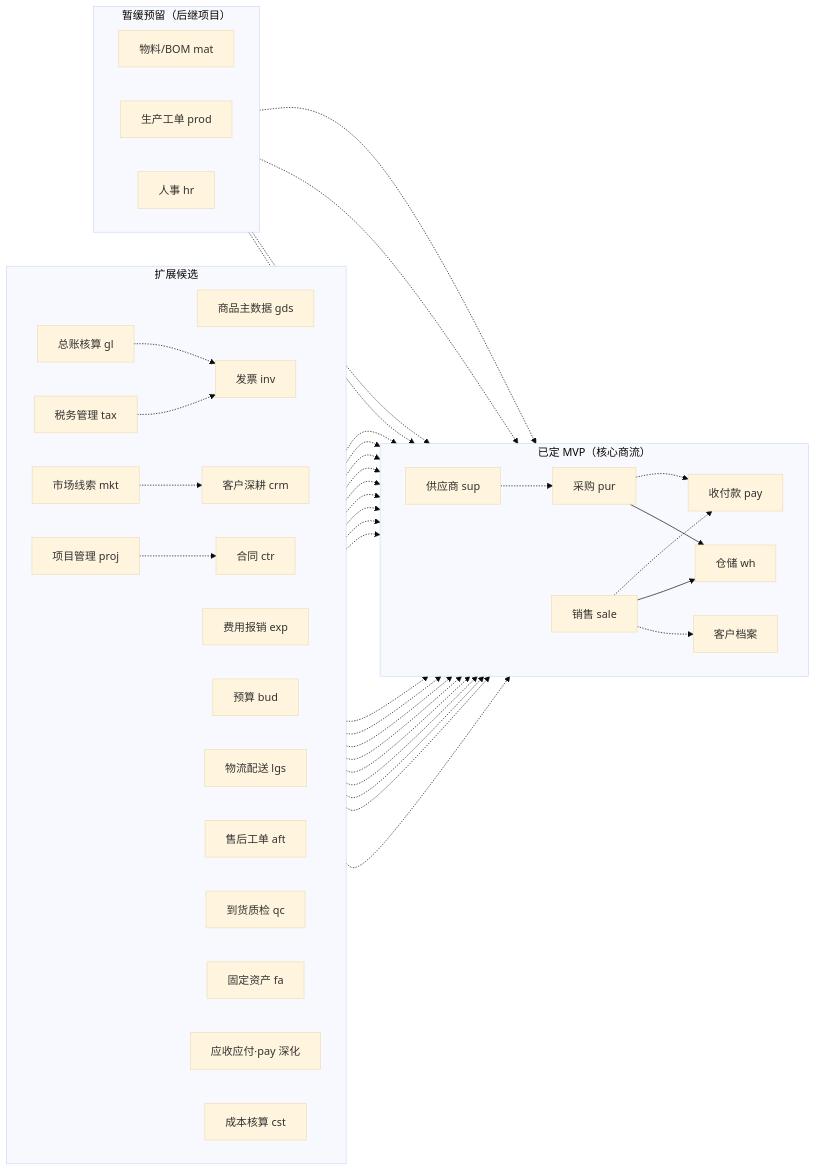
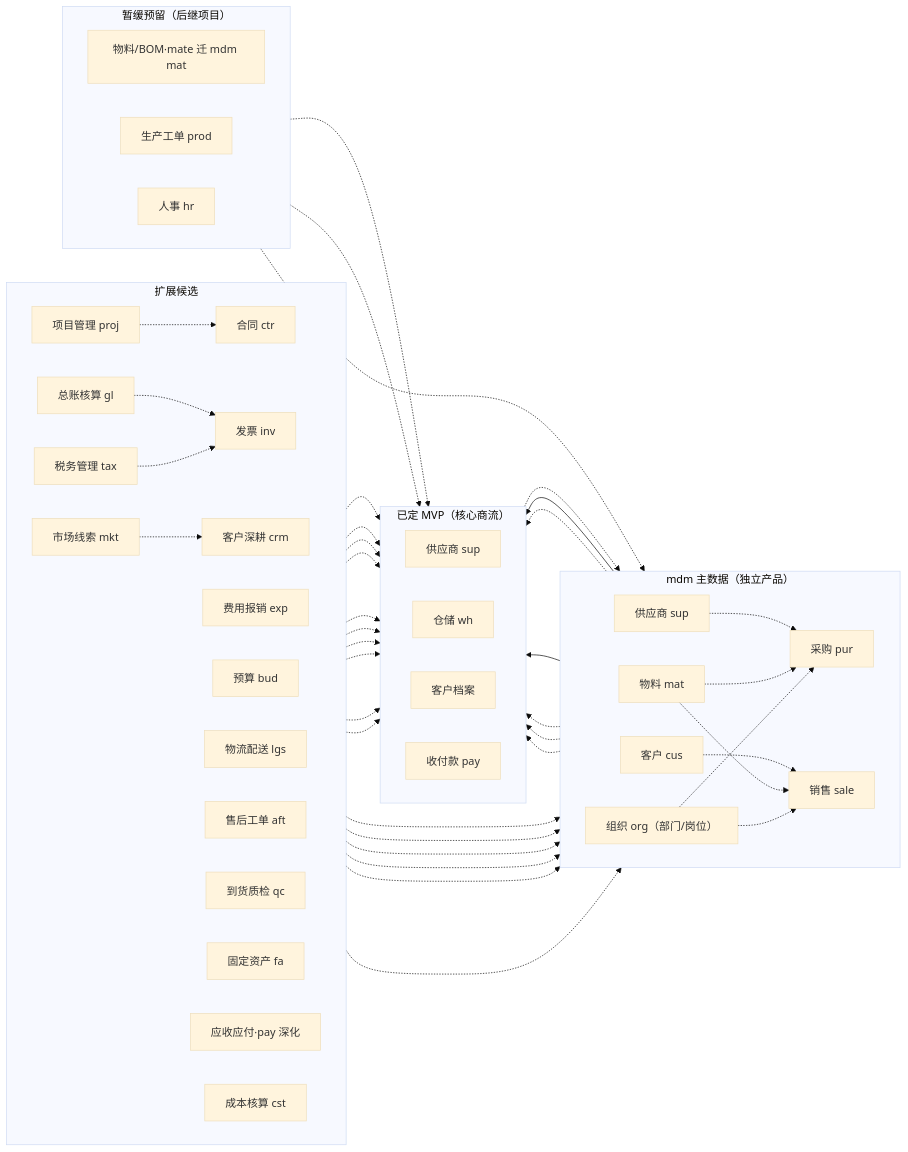
Before and after one commit to minjian123/business-operation-management: the first of 2 diagrams in biz文档/规划/biz企业运营管理规划.md, drawn with Mermaid (base theme). The commit also changed other lines of this file and 7 other files, not shown here.

First line of the commit message:
refactor(biz): 供应商/客户/物料主数据改引用 mdm 产品

````diff
--- a/biz文档/规划/biz企业运营管理规划.md
+++ b/biz文档/规划/biz企业运营管理规划.md
@@ -81,44 +81,51 @@
 ```mermaid
 flowchart LR
+    subgraph MDM["mdm 主数据（独立产品）"]
+        direction LR
+        SUP[供应商 sup] -.-> PO
+        CUS[客户 cus] -.-> SO
+        MATM[物料 mat] -.-> PO
+        MATM -.-> SO
+        ORG[组织 org（部门/岗位）] -.-> PO
+        ORG -.-> SO
+    end
     subgraph C1["已定 MVP（核心商流）"]
         direction LR
-        SUP[供应商 sup] -.-> PO[采购 pur]
+        SUP2[供应商 sup] -.-> PO[采购 pur]
         PO --> WH[仓储 wh]
         SO[销售 sale] -.-> CUST[客户档案]
         SO --> WH
         PO -.-> PAY[收付款 pay]
         SO -.-> PAY
+        MATM -.-> WH
     end
     subgraph C2["扩展候选"]
         direction LR
-        GDS[商品主数据 gds] -.-> PO
-        GDS -.-> SO
         CTR[合同 ctr] -.-> PO
         CTR -.-> SO
         INV[发票 inv] -.-> PAY
         EXP[费用报销 exp] -.-> PAY
         BUD[预算 bud] -.-> PAY
         LGS[物流配送 lgs] -.-> SO
         LGS -.-> WH
         AFT[售后工单 aft] -.-> SO
         QC[到货质检 qc] -.-> PO
         QC -.-> WH
         FA[固定资产 fa] -.-> PO
         CRM[客户深耕 crm] -.-> CUST
         AP[应收应付·pay 深化] -.-> PAY
         GL[总账核算 gl] -.-> PAY
         GL -.-> INV
         CST[成本核算 cst] -.-> WH
         TAX[税务管理 tax] -.-> PAY
         TAX -.-> INV
         MKT[市场线索 mkt] -.-> CRM
         PROJ[项目管理 proj] -.-> CTR
     end
     subgraph C3["暂缓预留（后继项目）"]
         direction LR
-        MAT[物料/BOM mat] -.-> PO
-        MAT -.-> SO
+        BOM[物料/BOM·mate 迁 mdm mat] -.-> PO
         PROD[生产工单 prod] -.-> WH
         HR[人事 hr] -.-> PAY
     end
 ```
````
